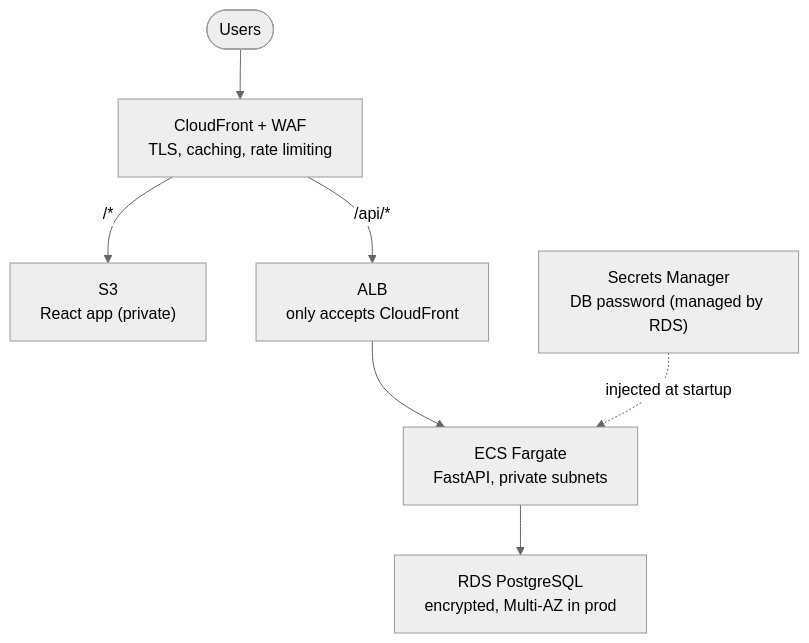
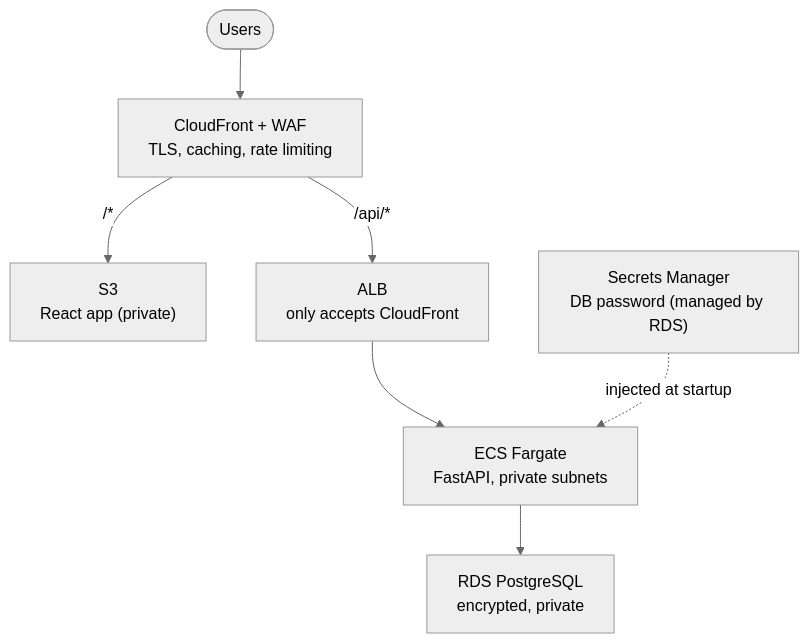
One commit to rgutmen/LexiCheck changed the first of 2 diagrams in README.md. Above: the diagram before and after it, drawn with Mermaid (neutral theme). The commit also changed other lines of this file and 2 other files, not shown here.

````diff
--- a/README.md
+++ b/README.md
@@ -19,17 +19,17 @@
 ```mermaid
 flowchart TD
     Users(["Users"])
     CF["CloudFront + WAF\nTLS, caching, rate limiting"]
     S3["S3\nReact app (private)"]
     ALB["ALB\nonly accepts CloudFront"]
     ECS["ECS Fargate\nFastAPI, private subnets"]
     SM["Secrets Manager\nDB password (managed by RDS)"]
-    RDS["RDS PostgreSQL\nencrypted, Multi-AZ in prod"]
+    RDS["RDS PostgreSQL\nencrypted, private"]
 
     Users --> CF
     CF -->|"/*"| S3
     CF -->|"/api/*"| ALB
     ALB --> ECS
     SM -.->|injected at startup| ECS
     ECS --> RDS
 ```
````
